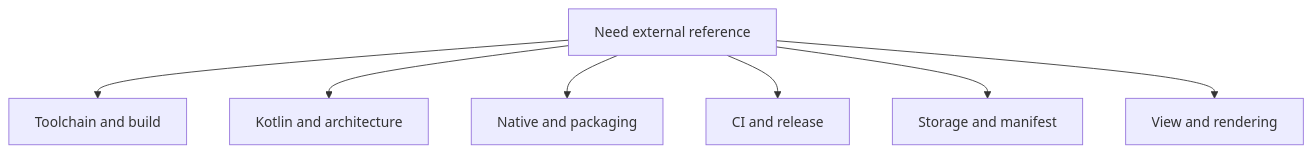
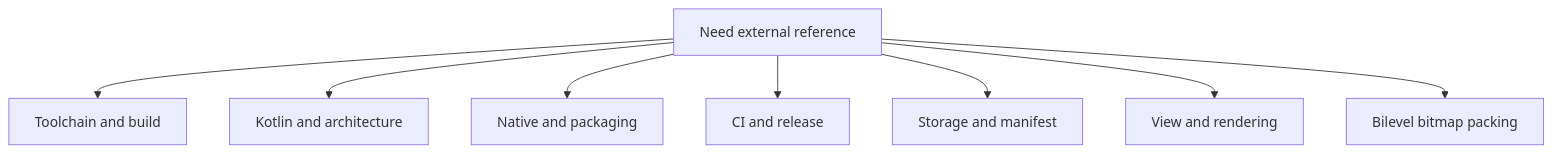
One commit to ppigazzini/r47zen changed the diagram in android/docs/dev/09-official-references.md. Above: the diagram before and after it, drawn with Mermaid. The commit also changed other lines of this file and 2 other files, not shown here.

````diff
--- a/android/docs/dev/09-official-references.md
+++ b/android/docs/dev/09-official-references.md
@@ -8,17 +8,19 @@
 ```mermaid
 flowchart TD
   A[Need external reference]
   B[Toolchain and build]
   C[Kotlin and architecture]
   D[Native and packaging]
   E[CI and release]
   F[Storage and manifest]
   G[View and rendering]
+  H[Bilevel bitmap packing]
 
   A --> B
   A --> C
   A --> D
   A --> E
   A --> F
   A --> G
+  A --> H
 ```
````
